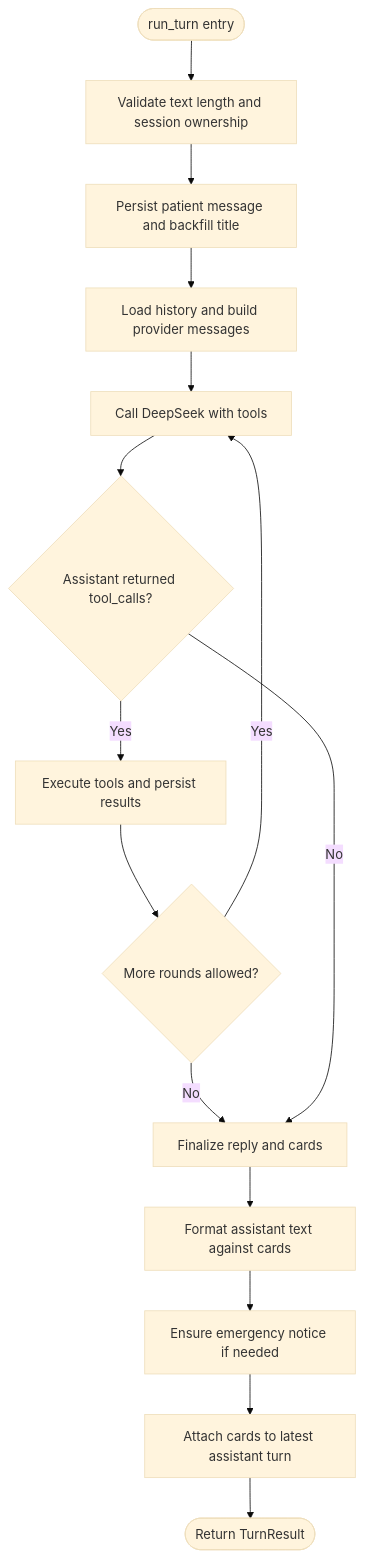
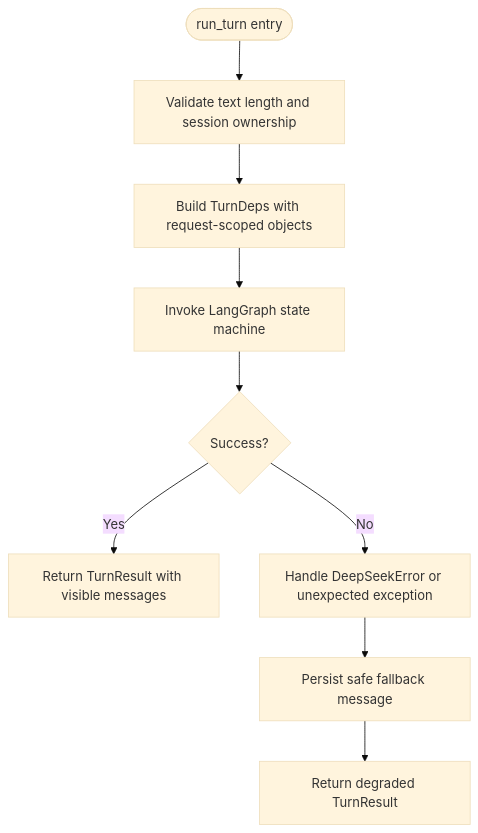
Before and after one commit to gokulkaarthicks/dental-chatbot: the third of 13 diagrams in .qoder/repowiki/en/content/Patient Workflows/Conversation Management/Conversation Management.md, drawn with Mermaid (base theme). The commit also changed other lines of this file and 280 other files, not shown here.

````diff
--- a/.qoder/repowiki/en/content/Patient Workflows/Conversation Management/Conversation Management.md
+++ b/.qoder/repowiki/en/content/Patient Workflows/Conversation Management/Conversation Management.md
@@ -157,17 +192,11 @@
 ```mermaid
 flowchart TD
 Start(["run_turn entry"]) --> Validate["Validate text length and session ownership"]
-Validate --> PersistPatient["Persist patient message and backfill title"]
-PersistPatient --> BuildContext["Load history and build provider messages"]
-BuildContext --> CallProvider["Call DeepSeek with tools"]
-CallProvider --> HasTools{"Assistant returned tool_calls?"}
-HasTools --> |Yes| ExecuteTools["Execute tools and persist results"]
-ExecuteTools --> MoreRounds{"More rounds allowed?"}
-MoreRounds --> |Yes| CallProvider
-MoreRounds --> |No| Finalize["Finalize reply and cards"]
-HasTools --> |No| Finalize
-Finalize --> FormatText["Format assistant text against cards"]
-FormatText --> EmergencyCheck["Ensure emergency notice if needed"]
-EmergencyCheck --> AttachCards["Attach cards to latest assistant turn"]
-AttachCards --> Return(["Return TurnResult"])
+Validate --> BuildDeps["Build TurnDeps with request-scoped objects"]
+BuildDeps --> InvokeGraph["Invoke LangGraph state machine"]
+InvokeGraph --> Success{"Success?"}
+Success --> |Yes| ReturnResult["Return TurnResult with visible messages"]
+Success --> |No| HandleError["Handle DeepSeekError or unexpected exception"]
+HandleError --> PersistFallback["Persist safe fallback message"]
+PersistFallback --> ReturnDegraded["Return degraded TurnResult"]
 ```
````
